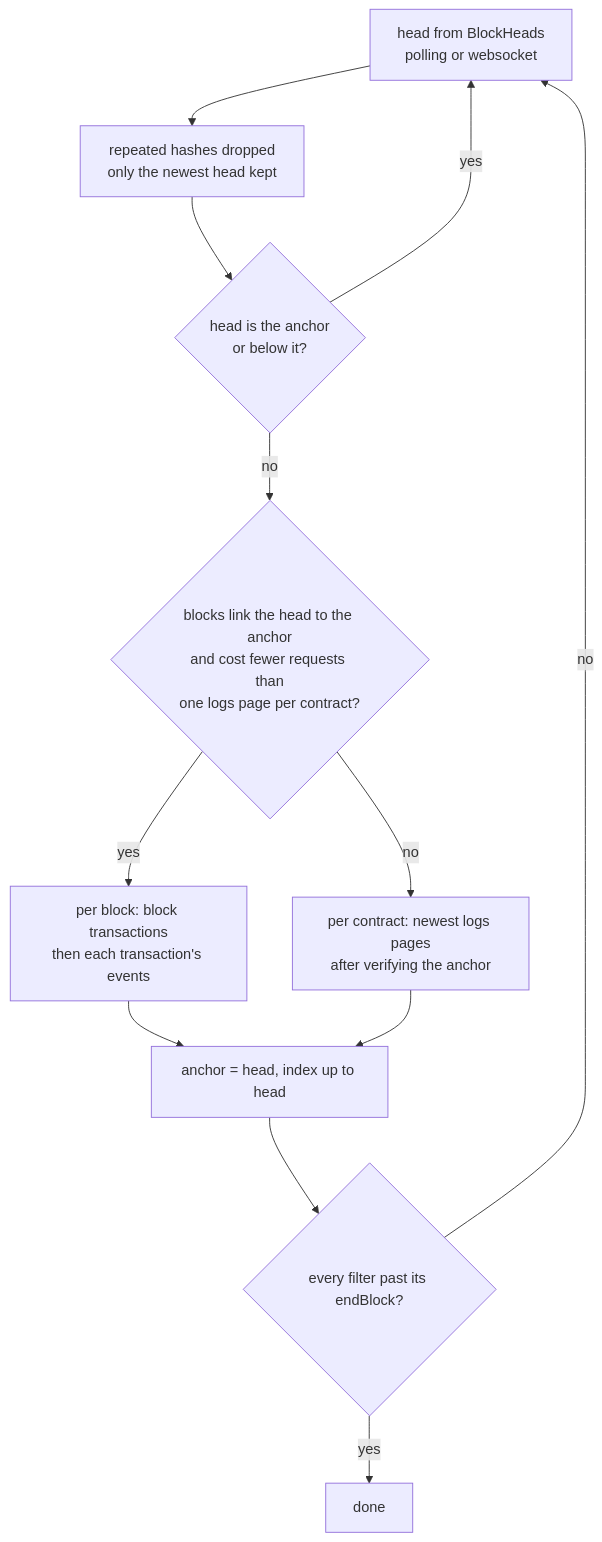
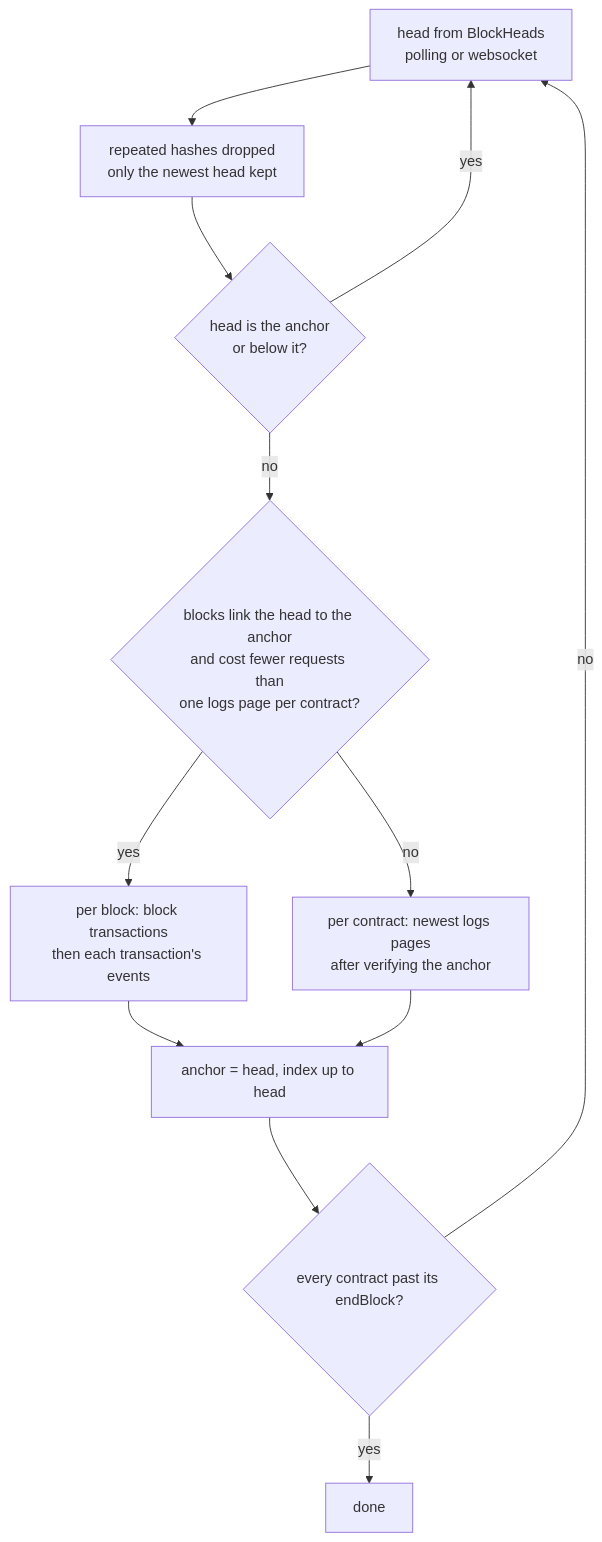
The diagram in docs/architecture.md (pradel/stacksindex), drawn with Mermaid before and after one commit. The commit also changed other lines of this file and 59 other files, not shown here.

````diff
--- a/docs/architecture.md
+++ b/docs/architecture.md
@@ -251,14 +254,14 @@
 ```mermaid
 flowchart TD
   H[head from BlockHeads<br/>polling or websocket] --> D[repeated hashes dropped<br/>only the newest head kept]
   D --> S{head is the anchor<br/>or below it?}
   S -- yes --> H
   S -- no --> P{blocks link the head to the anchor<br/>and cost fewer requests than<br/>one logs page per contract?}
   P -- yes --> B[per block: block transactions<br/>then each transaction's events]
   P -- no --> C[per contract: newest logs pages<br/>after verifying the anchor]
   B --> I[anchor = head, index up to head]
   C --> I
-  I --> E{every filter past its endBlock?}
+  I --> E{every contract past its endBlock?}
   E -- no --> H
   E -- yes --> X[done]
 ```
````
